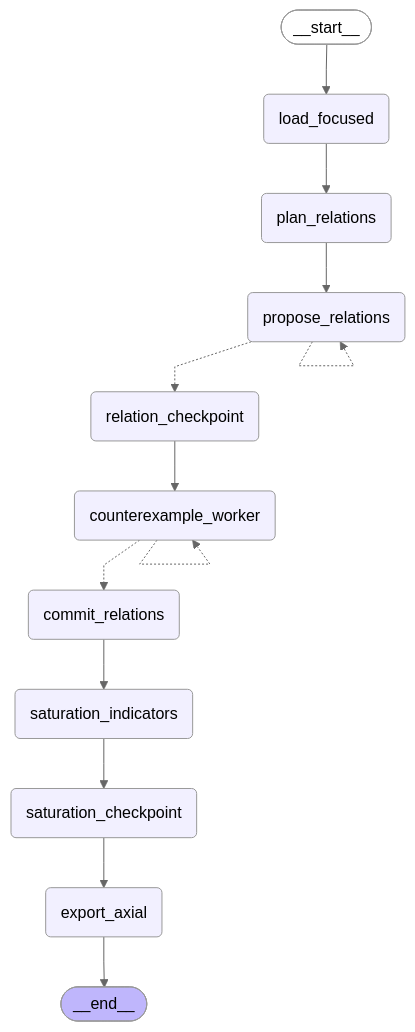
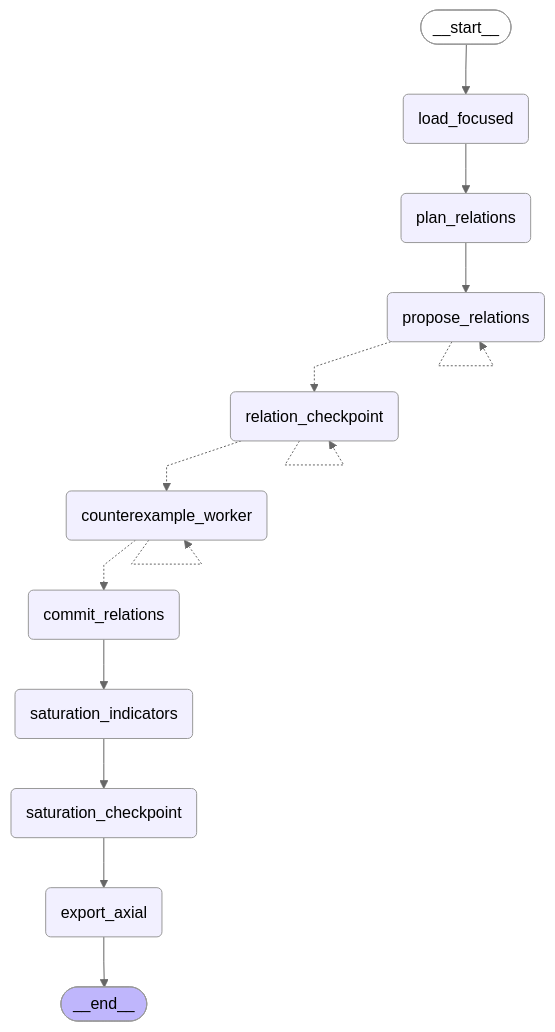
One commit to davidscassell/automated-grounded-theory changed the third of 5 diagrams in README.md. Above: the diagram before and after it, drawn with Mermaid (neutral theme). The commit also changed other lines of this file and 58 other files, not shown here.

````diff
--- a/README.md
+++ b/README.md
@@ -209,34 +210,35 @@
 ```mermaid
 ---
 config:
   flowchart:
     curve: linear
 ---
 graph TD;
 	__start__([<p>__start__</p>]):::first
 	load_focused(load_focused)
 	plan_relations(plan_relations)
 	propose_relations(propose_relations)
 	relation_checkpoint(relation_checkpoint)
 	counterexample_worker(counterexample_worker)
 	commit_relations(commit_relations)
 	saturation_indicators(saturation_indicators)
 	saturation_checkpoint(saturation_checkpoint)
 	export_axial(export_axial)
 	__end__([<p>__end__</p>]):::last
 	__start__ --> load_focused;
 	commit_relations --> saturation_indicators;
 	counterexample_worker -.-> commit_relations;
 	load_focused --> plan_relations;
 	plan_relations --> propose_relations;
 	propose_relations -.-> relation_checkpoint;
-	relation_checkpoint --> counterexample_worker;
+	relation_checkpoint -.-> counterexample_worker;
 	saturation_checkpoint --> export_axial;
 	saturation_indicators --> saturation_checkpoint;
 	export_axial --> __end__;
 	counterexample_worker -.-> counterexample_worker;
 	propose_relations -.-> propose_relations;
+	relation_checkpoint -.-> relation_checkpoint;
 	classDef default fill:#f2f0ff,line-height:1.2
 	classDef first fill-opacity:0
 	classDef last fill:#bfb6fc
 ```
````
